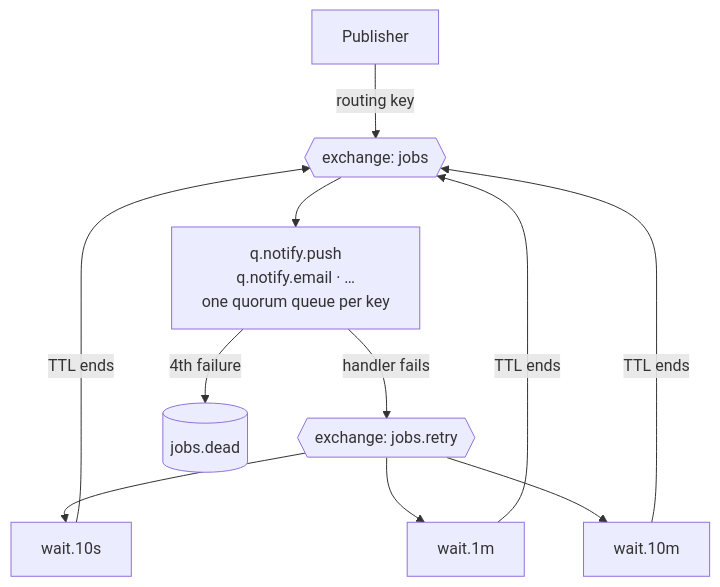
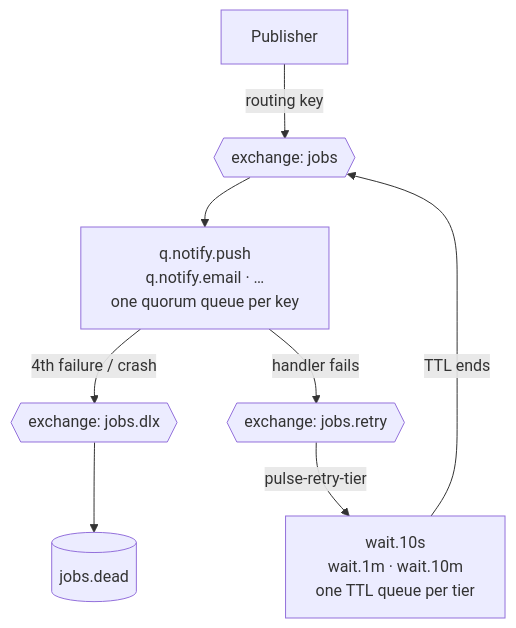
One commit to Ashfak-Hossain/pulse changed the diagram in docs/plan/05-events-and-jobs.md. Above: the diagram before and after it, drawn with Mermaid. The commit also changed other lines of this file and 6 other files, not shown here.

First line of the commit message:
feat(jobs): add retry tiers and the RabbitMQ job topology (#38)

````diff
--- a/docs/plan/05-events-and-jobs.md
+++ b/docs/plan/05-events-and-jobs.md
@@ -169,9 +169,10 @@
 ```mermaid
 flowchart TB
   P["Publisher"] -->|routing key| X{{"exchange: jobs"}}
   X --> Q["q.notify.push<br/>q.notify.email · …<br/>one quorum queue per key"]
+  Q -->|4th failure / crash| DX{{"exchange: jobs.dlx"}}
+  DX --> D[("jobs.dead")]
   Q -->|handler fails| RX{{"exchange: jobs.retry"}}
-  RX --> W1["wait.10s"] & W2["wait.1m"] & W3["wait.10m"]
-  W1 & W2 & W3 -->|TTL ends| X
-  Q -->|4th failure| D[("jobs.dead")]
+  RX -->|pulse-retry-tier| W["wait.10s<br/>wait.1m · wait.10m<br/>one TTL queue per tier"]
+  W -->|TTL ends| X
 ```
````
